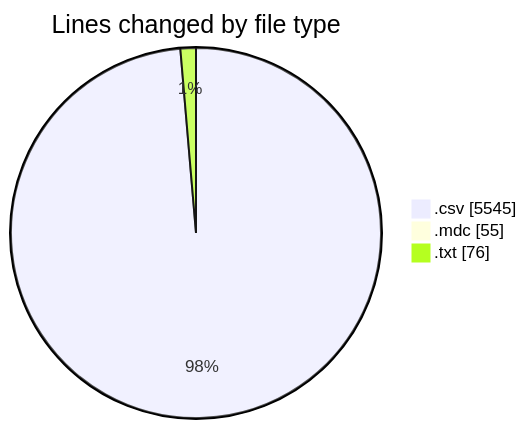
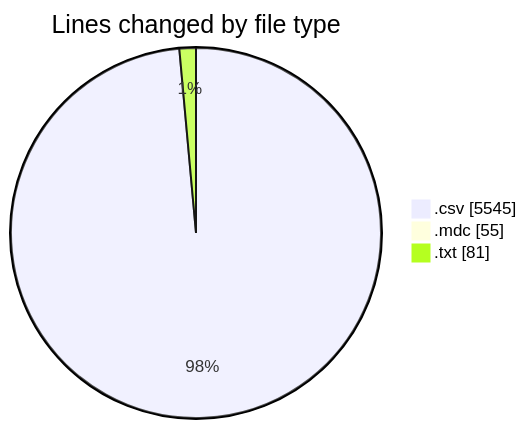
Before and after one commit to EIIisD/code-tracking: the first of 2 diagrams in 2025-07-23/transactions-new/README.md, drawn with Mermaid. The commit also changed other lines of this file and 1 other file, not shown here.

````diff
--- a/2025-07-23/transactions-new/README.md
+++ b/2025-07-23/transactions-new/README.md
@@ -27,7 +27,7 @@
 ```mermaid
 pie showData
 title Lines changed by file type
 ".csv" : 5545
 ".mdc" : 55
-".txt" : 76
+".txt" : 81
 ```
````
